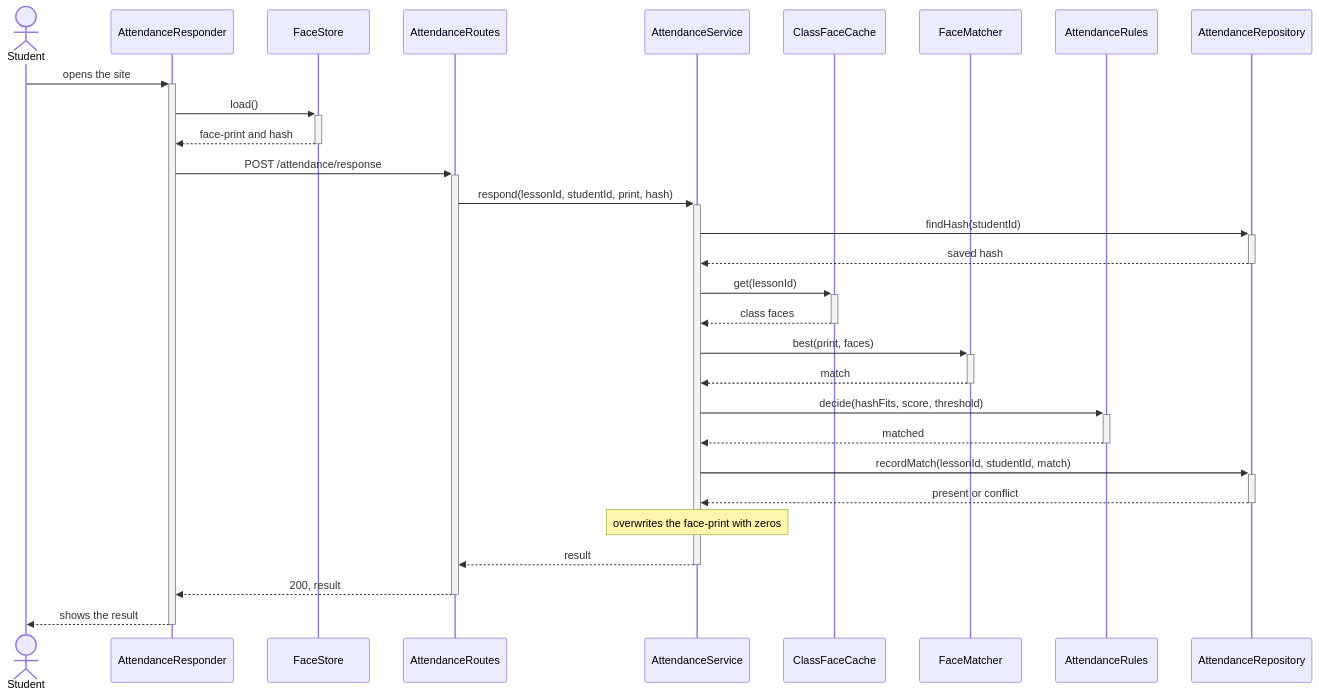
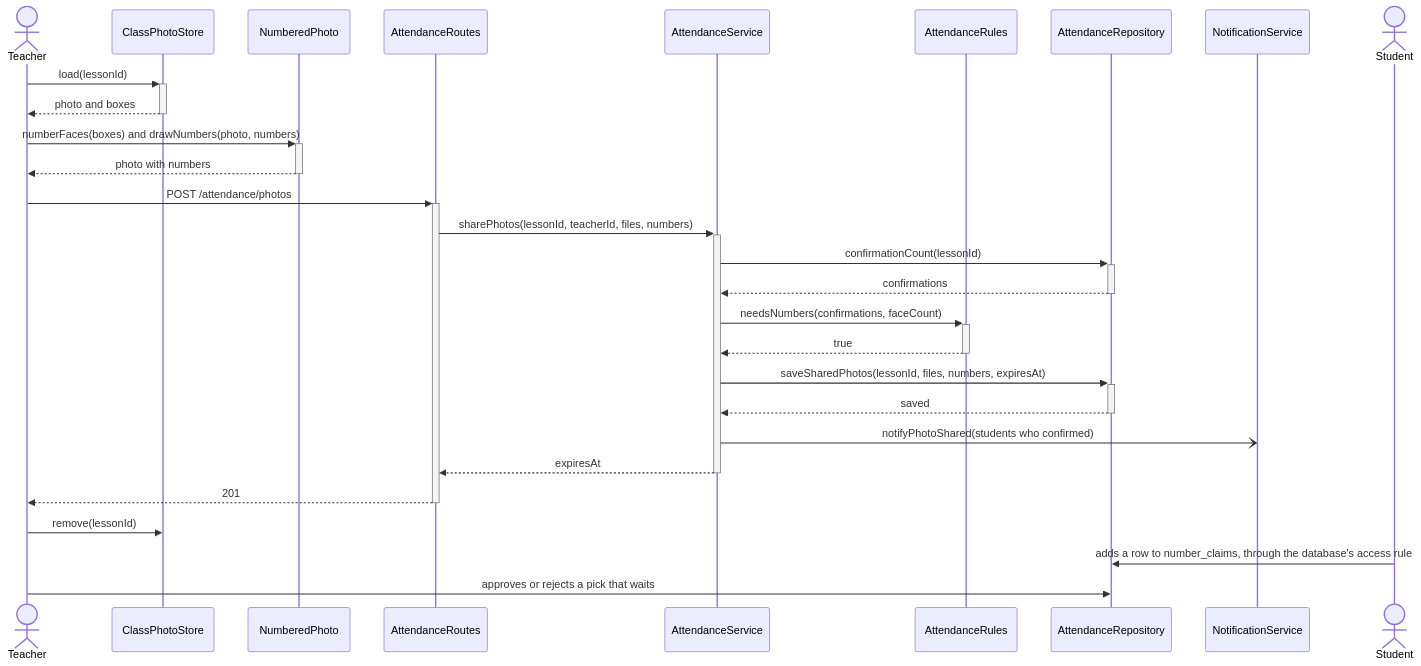
Before and after one commit to aviya1221/ASG2_OOP: the fifth of 6 diagrams in docs/07-EDD/attendance.md, drawn with Mermaid. The commit also changed other lines of this file and 1 other file, not shown here.

Commit message:
docs(edd): attendance by confirmation, a face count and number picks

````diff
--- a/docs/07-EDD/attendance.md
+++ b/docs/07-EDD/attendance.md
@@ -151,31 +183,30 @@
 ```mermaid
 sequenceDiagram
-    actor Student
-    participant Responder as AttendanceResponder
-    participant Store as FaceStore
+    actor Teacher
+    participant Store as ClassPhotoStore
+    participant Numbered as NumberedPhoto
     participant Routes as AttendanceRoutes
     participant Service as AttendanceService
-    participant Cache as ClassFaceCache
-    participant Matcher as FaceMatcher
     participant Rules as AttendanceRules
     participant Repo as AttendanceRepository
-    Student->>+Responder: opens the site
-    Responder->>+Store: load()
-    Store-->>-Responder: face-print and hash
-    Responder->>+Routes: POST /attendance/response
-    Routes->>+Service: respond(lessonId, studentId, print, hash)
-    Service->>+Repo: findHash(studentId)
-    Repo-->>-Service: saved hash
-    Service->>+Cache: get(lessonId)
-    Cache-->>-Service: class faces
-    Service->>+Matcher: best(print, faces)
-    Matcher-->>-Service: match
-    Service->>+Rules: decide(hashFits, score, threshold)
-    Rules-->>-Service: matched
-    Service->>+Repo: recordMatch(lessonId, studentId, match)
-    Repo-->>-Service: present or conflict
-    Note over Service: overwrites the face-print with zeros
-    Service-->>-Routes: result
-    Routes-->>-Responder: 200, result
-    Responder-->>-Student: shows the result
+    participant Notify as NotificationService
+    actor Student
+    Teacher->>+Store: load(lessonId)
+    Store-->>-Teacher: photo and boxes
+    Teacher->>+Numbered: numberFaces(boxes) and drawNumbers(photo, numbers)
+    Numbered-->>-Teacher: photo with numbers
+    Teacher->>+Routes: POST /attendance/photos
+    Routes->>+Service: sharePhotos(lessonId, teacherId, files, numbers)
+    Service->>+Repo: confirmationCount(lessonId)
+    Repo-->>-Service: confirmations
+    Service->>+Rules: needsNumbers(confirmations, faceCount)
+    Rules-->>-Service: true
+    Service->>+Repo: saveSharedPhotos(lessonId, files, numbers, expiresAt)
+    Repo-->>-Service: saved
+    Service-)Notify: notifyPhotoShared(students who confirmed)
+    Service-->>-Routes: expiresAt
+    Routes-->>-Teacher: 201
+    Teacher->>Store: remove(lessonId)
+    Student->>Repo: adds a row to number_claims, through the database's access rule
+    Teacher->>Repo: approves or rejects a pick that waits
 ```
````
